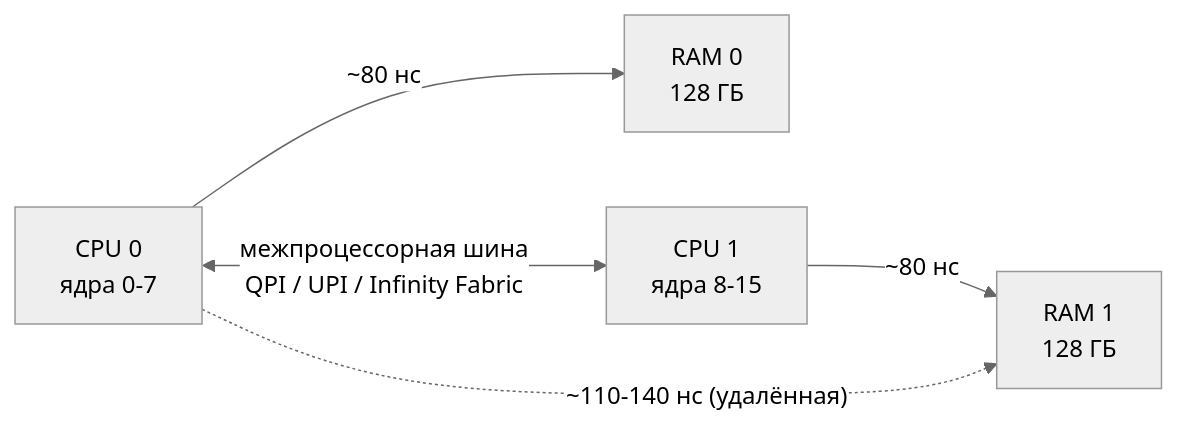
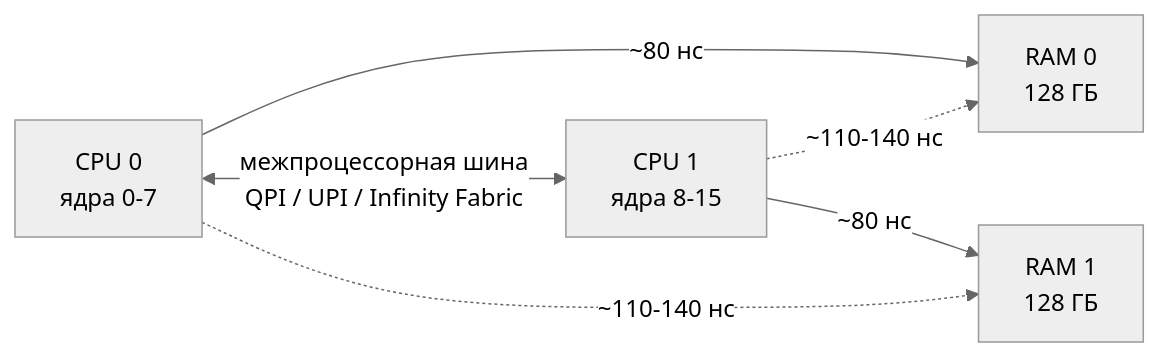
One commit to AlexeyMatskevich/cs-notes changed the third of 3 diagrams in computer/data-path/02-ram.md. Above: the diagram before and after it, drawn with Mermaid (neutral theme). The commit also changed other lines of this file and 4 other files, not shown here.

First line of the commit message:
docs(computer): fix ASCII alignment, add mermaid diagrams, correct FTL/GC flow

````diff
--- a/computer/data-path/02-ram.md
+++ b/computer/data-path/02-ram.md
@@ -242,7 +242,8 @@
 ```mermaid
 flowchart LR
     CPU0["CPU 0<br/>ядра 0-7"] -- "~80 нс" --> RAM0["RAM 0<br/>128 ГБ"]
     CPU1["CPU 1<br/>ядра 8-15"] -- "~80 нс" --> RAM1["RAM 1<br/>128 ГБ"]
     CPU0 <-- "межпроцессорная шина<br/>QPI / UPI / Infinity Fabric" --> CPU1
-    CPU0 -. "~110-140 нс (удалённая)" .-> RAM1
+    CPU0 -. "~110-140 нс" .-> RAM1
+    CPU1 -. "~110-140 нс" .-> RAM0
 ```
````
